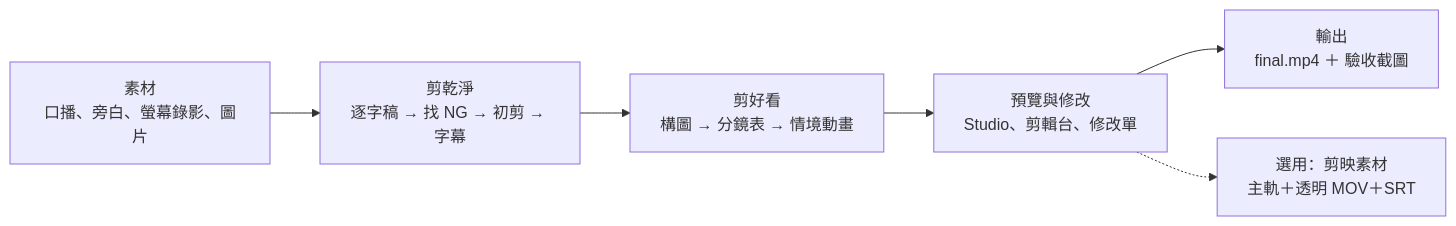
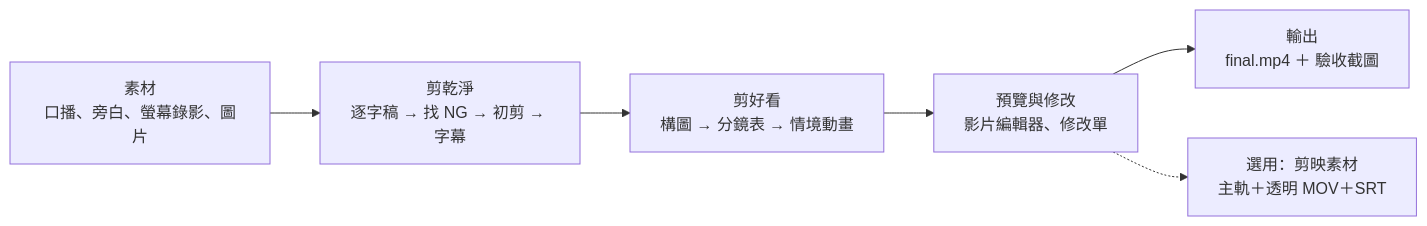
The diagram in README.md (dean9703111/auto-edit-workspace), drawn with Mermaid before and after one commit. The commit also changed other lines of this file and 82 other files, not shown here.

````diff
--- a/README.md
+++ b/README.md
@@ -127,8 +128,8 @@
 ```mermaid
 flowchart LR
   A["素材<br>口播、旁白、螢幕錄影、圖片"] --> B["剪乾淨<br>逐字稿 → 找 NG → 初剪 → 字幕"]
   B --> C["剪好看<br>構圖 → 分鏡表 → 情境動畫"]
-  C --> D["預覽與修改<br>Studio、剪輯台、修改單"]
+  C --> D["預覽與修改<br>影片編輯器、修改單"]
   D --> E["輸出<br>final.mp4 ＋ 驗收截圖"]
   D -.-> F["選用：剪映素材<br>主軌＋透明 MOV＋SRT"]
 ```
````
